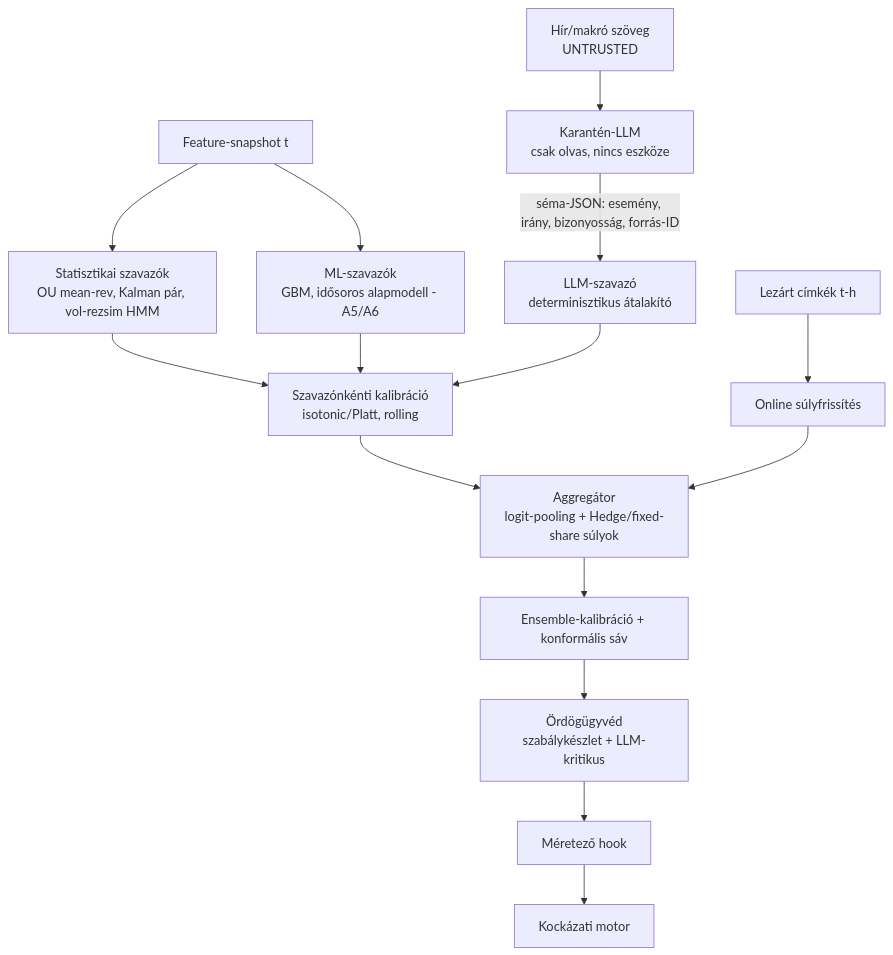
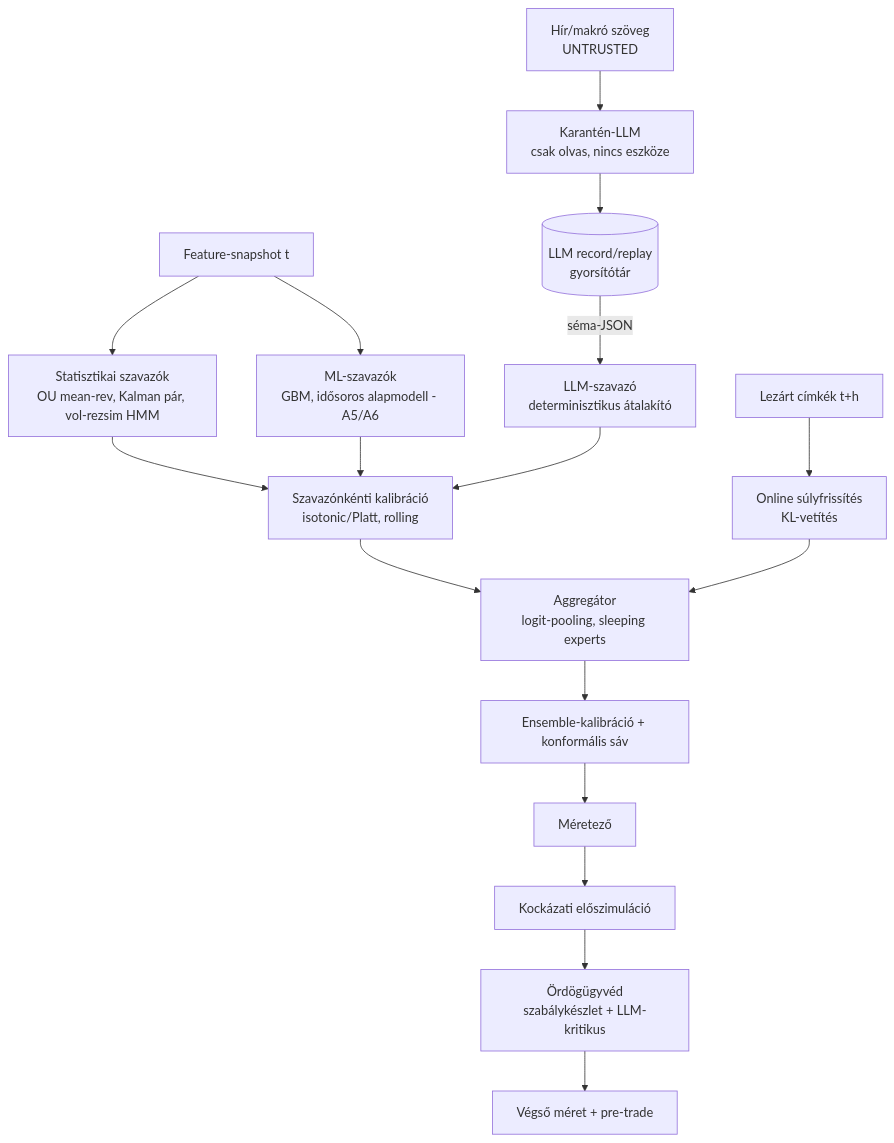
One commit to scspg/Personal changed the seventh of 10 diagrams in algotrading-archivum/FEJLESZTOI-SPEC.md. Above: the diagram before and after it, drawn with Mermaid. The commit also changed other lines of this file and 20 other files, not shown here.

````diff
--- a/algotrading-archivum/FEJLESZTOI-SPEC.md
+++ b/algotrading-archivum/FEJLESZTOI-SPEC.md
@@ -353,14 +1173,16 @@
 ```mermaid
 flowchart TB
   F[Feature-snapshot t] --> S1[Statisztikai szavazók<br/>OU mean-rev, Kalman pár, vol-rezsim HMM]
   F --> S2[ML-szavazók<br/>GBM, idősoros alapmodell - A5/A6]
   N[Hír/makró szöveg<br/>UNTRUSTED] --> Q[Karantén-LLM<br/>csak olvas, nincs eszköze]
-  Q -->|séma-JSON: esemény, irány, bizonyosság, forrás-ID| S3[LLM-szavazó<br/>determinisztikus átalakító]
+  Q --> LC[(LLM record/replay<br/>gyorsítótár)]
+  LC -->|séma-JSON| S3[LLM-szavazó<br/>determinisztikus átalakító]
   S1 & S2 & S3 --> CAL[Szavazónkénti kalibráció<br/>isotonic/Platt, rolling]
-  CAL --> AGG[Aggregátor<br/>logit-pooling + Hedge/fixed-share súlyok]
+  CAL --> AGG[Aggregátor<br/>logit-pooling, sleeping experts]
   AGG --> ECAL[Ensemble-kalibráció + konformális sáv]
-  ECAL --> DA[Ördögügyvéd<br/>szabálykészlet + LLM-kritikus]
-  DA --> SZ[Méretező hook]
-  SZ --> RISK[Kockázati motor]
-  LBL[Lezárt címkék t-h] --> UPD[Online súlyfrissítés] --> AGG
+  ECAL --> SZ[Méretező]
+  SZ --> PRE[Kockázati előszimuláció]
+  PRE --> DA[Ördögügyvéd<br/>szabálykészlet + LLM-kritikus]
+  DA --> FIN[Végső méret + pre-trade]
+  LBL[Lezárt címkék t+h] --> UPD[Online súlyfrissítés<br/>KL-vetítés] --> AGG
 ```
````
